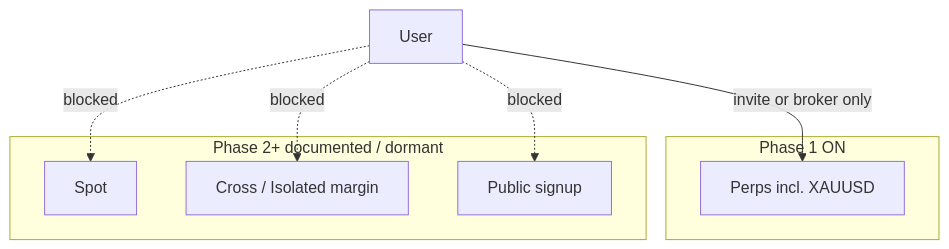
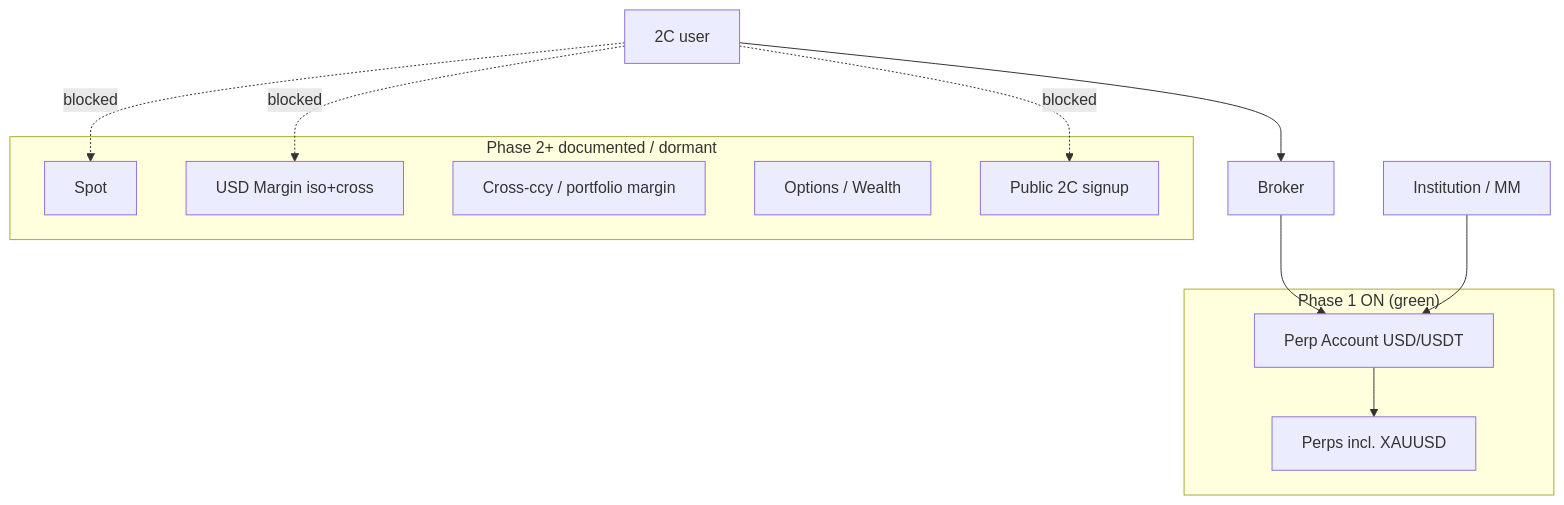
Before and after one commit to hxyan2020/PRD: the fifth of 15 diagrams in docs/risk-handbook/en.md, drawn with Mermaid. The commit also changed other lines of this file and 63 other files, not shown here.

First line of the commit message:
Align Phase 1 handbook with V-Exchange green scope

````diff
--- a/docs/risk-handbook/en.md
+++ b/docs/risk-handbook/en.md
@@ -351,15 +382,21 @@
 ```mermaid
 flowchart TB
-  subgraph p1 ["Phase 1 ON"]
+  subgraph p1 ["Phase 1 ON (green)"]
     Perps["Perps incl. XAUUSD"]
+    PA["Perp Account USD/USDT"]
   end
   subgraph p2 ["Phase 2+ documented / dormant"]
     Spot["Spot"]
-    Margin["Cross / Isolated margin"]
-    Public["Public signup"]
+    Margin["USD Margin iso+cross"]
+    XMgn["Cross-ccy / portfolio margin"]
+    Opt["Options / Wealth"]
+    Public["Public 2C signup"]
   end
-  User["User"] -->|invite or broker only| Perps
+  User["2C user"] --> BR["Broker"]
+  BR --> PA
+  Inst["Institution / MM"] --> PA
+  PA --> Perps
   User -.->|blocked| Spot
   User -.->|blocked| Margin
   User -.->|blocked| Public
 ```
````
